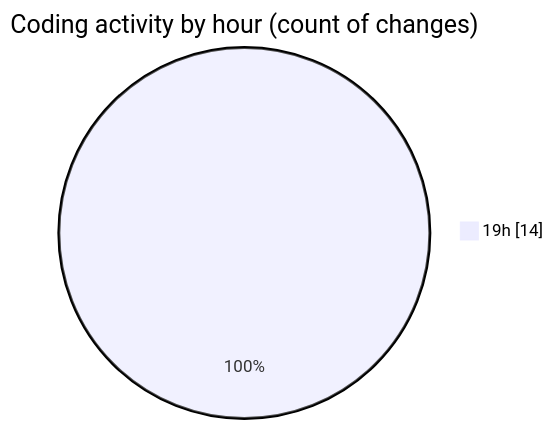
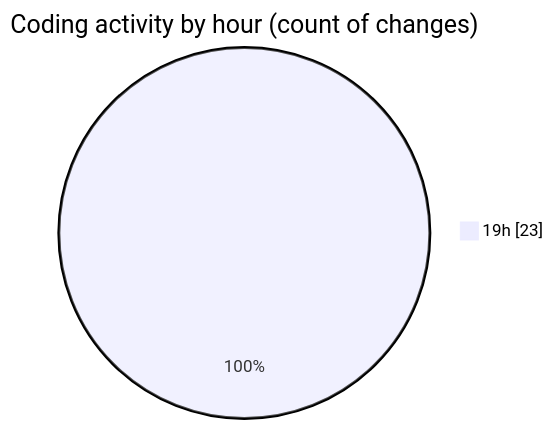
One commit to Ritupan-Deka/code-tracking changed the second of 2 diagrams in 2025-08-24/javascript/README.md. Above: the diagram before and after it, drawn with Mermaid. The commit also changed other lines of this file and 1 other file, not shown here.

````diff
--- a/2025-08-24/javascript/README.md
+++ b/2025-08-24/javascript/README.md
@@ -30,5 +32,5 @@
 ```mermaid
 pie showData
 title Coding activity by hour (count of changes)
-"19h" : 14
+"19h" : 23
 ```
````
